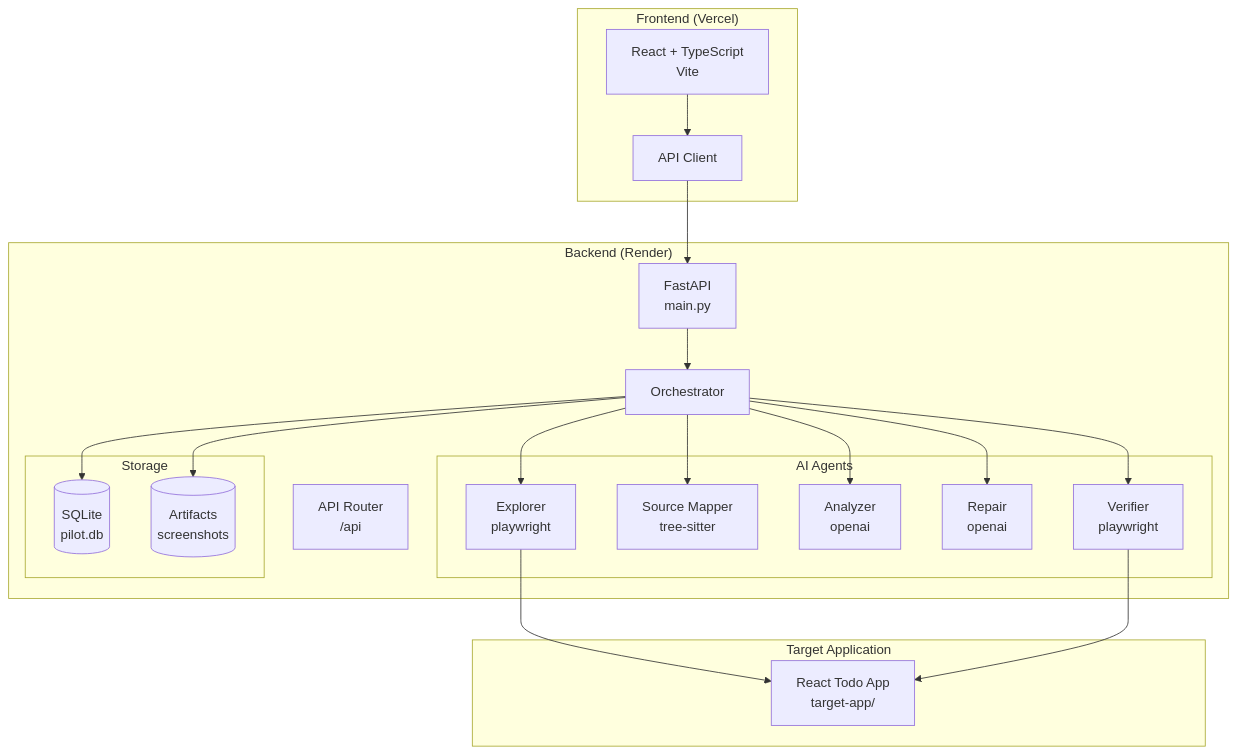
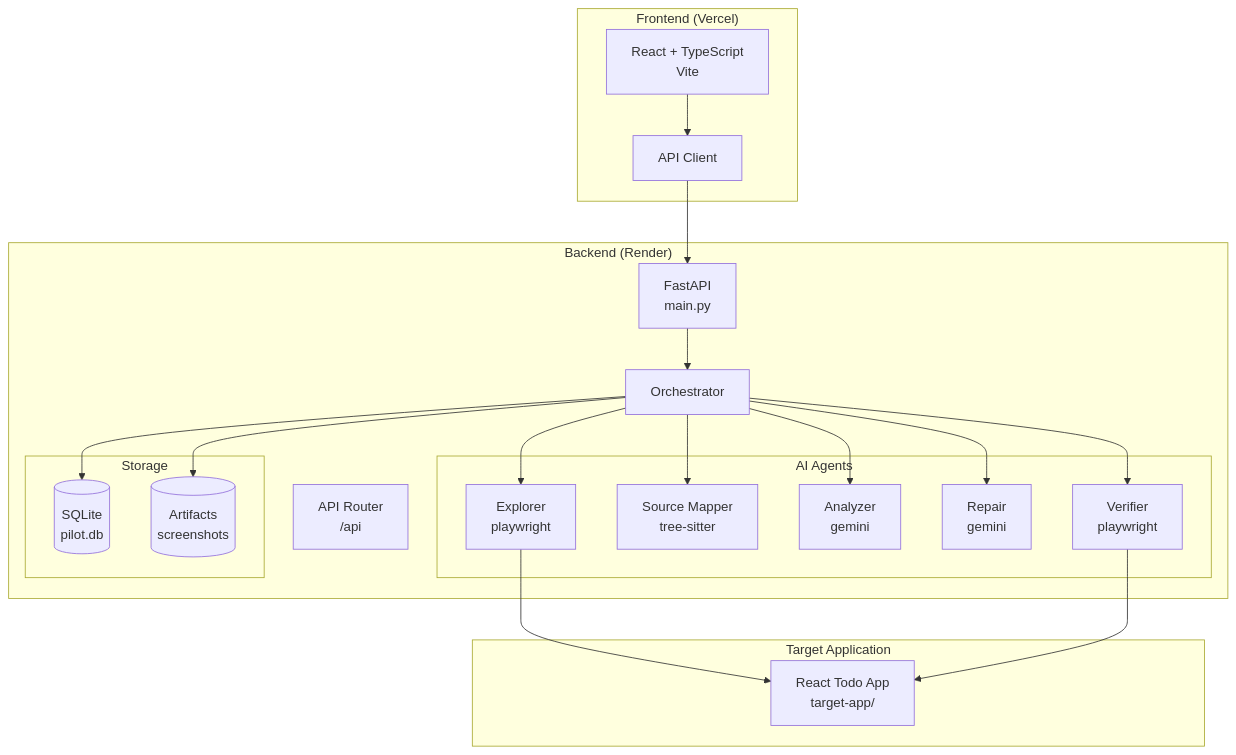
The second of 3 diagrams in README.md (irrshad7-droid/Frontend-Pilot-AI), drawn with Mermaid before and after one commit. The commit also changed other lines of this file, not shown here.

Commit message:
docs: update README for Gemini configuration

````diff
--- a/README.md
+++ b/README.md
@@ -101,43 +101,43 @@
 ```mermaid
 flowchart TB
     subgraph Frontend["Frontend (Vercel)"]
         UI[React + TypeScript<br/>Vite]
         API_CLIENT[API Client]
     end
-    
+
     subgraph Backend["Backend (Render)"]
         API[FastAPI<br/>main.py]
         ROUTER[API Router<br/>/api]
         ORCH[Orchestrator]
-        
+
         subgraph Agents["AI Agents"]
             EX[Explorer<br/>playwright]
             SM[Source Mapper<br/>tree-sitter]
-            AN[Analyzer<br/>openai]
-            RE[Repair<br/>openai]
+            AN[Analyzer<br/>gemini]
+            RE[Repair<br/>gemini]
             VE[Verifier<br/>playwright]
         end
-        
+
         subgraph Storage["Storage"]
             DB[(SQLite<br/>pilot.db)]
             ARTIFACTS[(Artifacts<br/>screenshots)]
         end
     end
-    
+
     subgraph Target["Target Application"]
         TARGET_APP[React Todo App<br/>target-app/]
     end
-    
+
     UI --> API_CLIENT
     API_CLIENT --> API
     API --> ORCH
     ORCH --> EX
     ORCH --> SM
     ORCH --> AN
     ORCH --> RE
     ORCH --> VE
     EX --> TARGET_APP
     VE --> TARGET_APP
     ORCH --> DB
     ORCH --> ARTIFACTS
 ```
````
